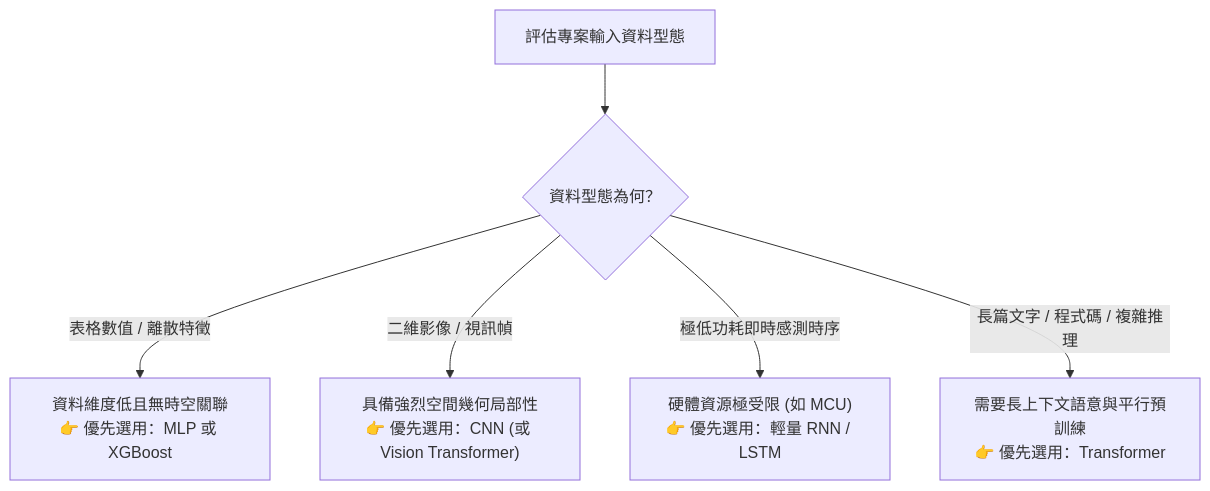
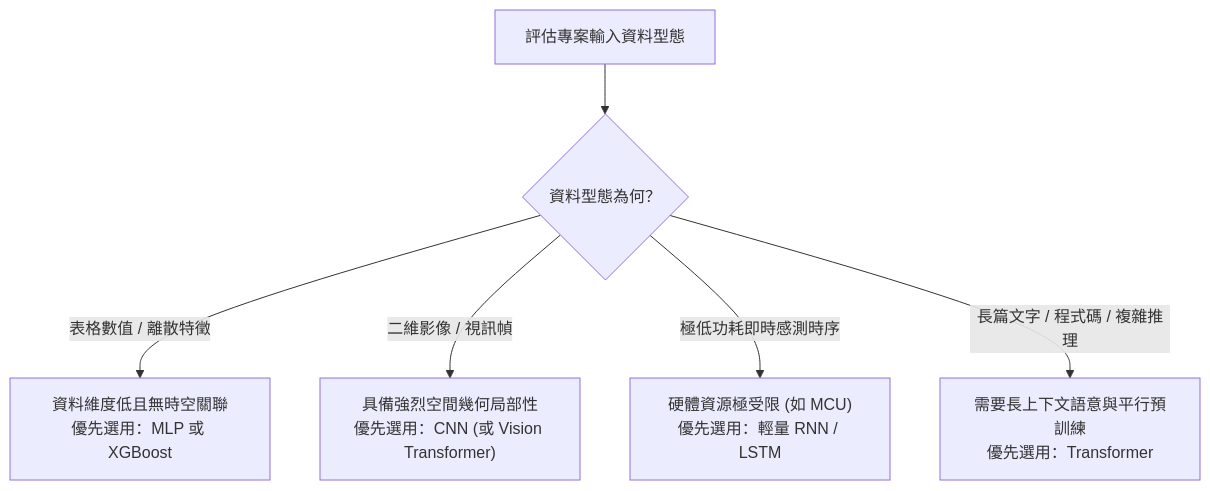
Diagram 12 of 12 in skills/chapter_writer/examples/02_deep_learning.md (sungchien/literature_agent), drawn with Mermaid before and after one commit. The commit also changed other lines of this file and 25 other files, not shown here.

````diff
--- a/skills/chapter_writer/examples/02_deep_learning.md
+++ b/skills/chapter_writer/examples/02_deep_learning.md
@@ -563,10 +563,10 @@
 ```mermaid
 flowchart TD
     Start["評估專案輸入資料型態"] --> CheckType{"資料型態為何？"}
 
-    CheckType -->|"表格數值 / 離散特徵"| Tabular["資料維度低且無時空關聯<br/>👉 優先選用：MLP 或 XGBoost"]
-    CheckType -->|"二維影像 / 視訊幀"| Visual["具備強烈空間幾何局部性<br/>👉 優先選用：CNN (或 Vision Transformer)"]
-    CheckType -->|"極低功耗即時感測時序"| LowPower["硬體資源極受限 (如 MCU)<br/>👉 優先選用：輕量 RNN / LSTM"]
-    CheckType -->|"長篇文字 / 程式碼 / 複雜推理"| ComplexText["需要長上下文語意與平行預訓練<br/>👉 優先選用：Transformer"]
+    CheckType -->|"表格數值 / 離散特徵"| Tabular["資料維度低且無時空關聯<br/>優先選用：MLP 或 XGBoost"]
+    CheckType -->|"二維影像 / 視訊幀"| Visual["具備強烈空間幾何局部性<br/>優先選用：CNN (或 Vision Transformer)"]
+    CheckType -->|"極低功耗即時感測時序"| LowPower["硬體資源極受限 (如 MCU)<br/>優先選用：輕量 RNN / LSTM"]
+    CheckType -->|"長篇文字 / 程式碼 / 複雜推理"| ComplexText["需要長上下文語意與平行預訓練<br/>優先選用：Transformer"]
 
 ```
````
